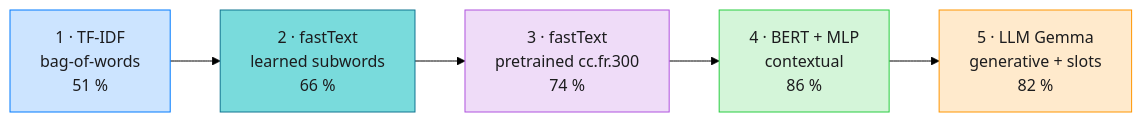
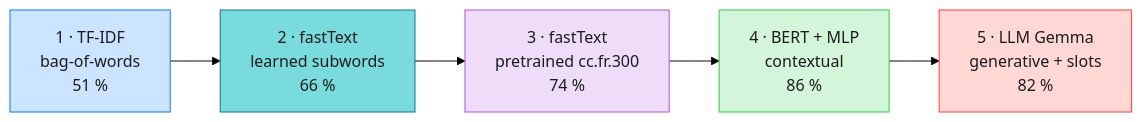
Before and after one commit to warith-harchaoui/intentions: the first of 2 diagrams in README.md, drawn with Mermaid (forest theme). The commit also changed other lines of this file and 6 other files, not shown here.

First line of the commit message:
8 engines, 8 house colours: one colour per engine across every figure

````diff
--- a/README.md
+++ b/README.md
@@ -50,9 +50,9 @@
 ```mermaid
 flowchart LR
     A["1 · TF-IDF<br/>bag-of-words<br/>51 %"] --> B["2 · fastText<br/>learned subwords<br/>66 %"] --> C["3 · fastText<br/>pretrained cc.fr.300<br/>74 %"] --> D["4 · BERT + MLP<br/>contextual<br/>86 %"] --> E["5 · LLM Gemma<br/>generative + slots<br/>82 %"]
     style A fill:#CCE4FF,stroke:#007AFF,color:#1C1C1E
     style B fill:#79DBDC,stroke:#0E7490,color:#1C1C1E
     style C fill:#EFDCF8,stroke:#AF52DE,color:#1C1C1E
     style D fill:#D4F5D9,stroke:#28CD41,color:#1C1C1E
-    style E fill:#FFEACC,stroke:#FF9500,color:#1C1C1E
+    style E fill:#FFD8D6,stroke:#FF3B30,color:#1C1C1E
 ```
````
